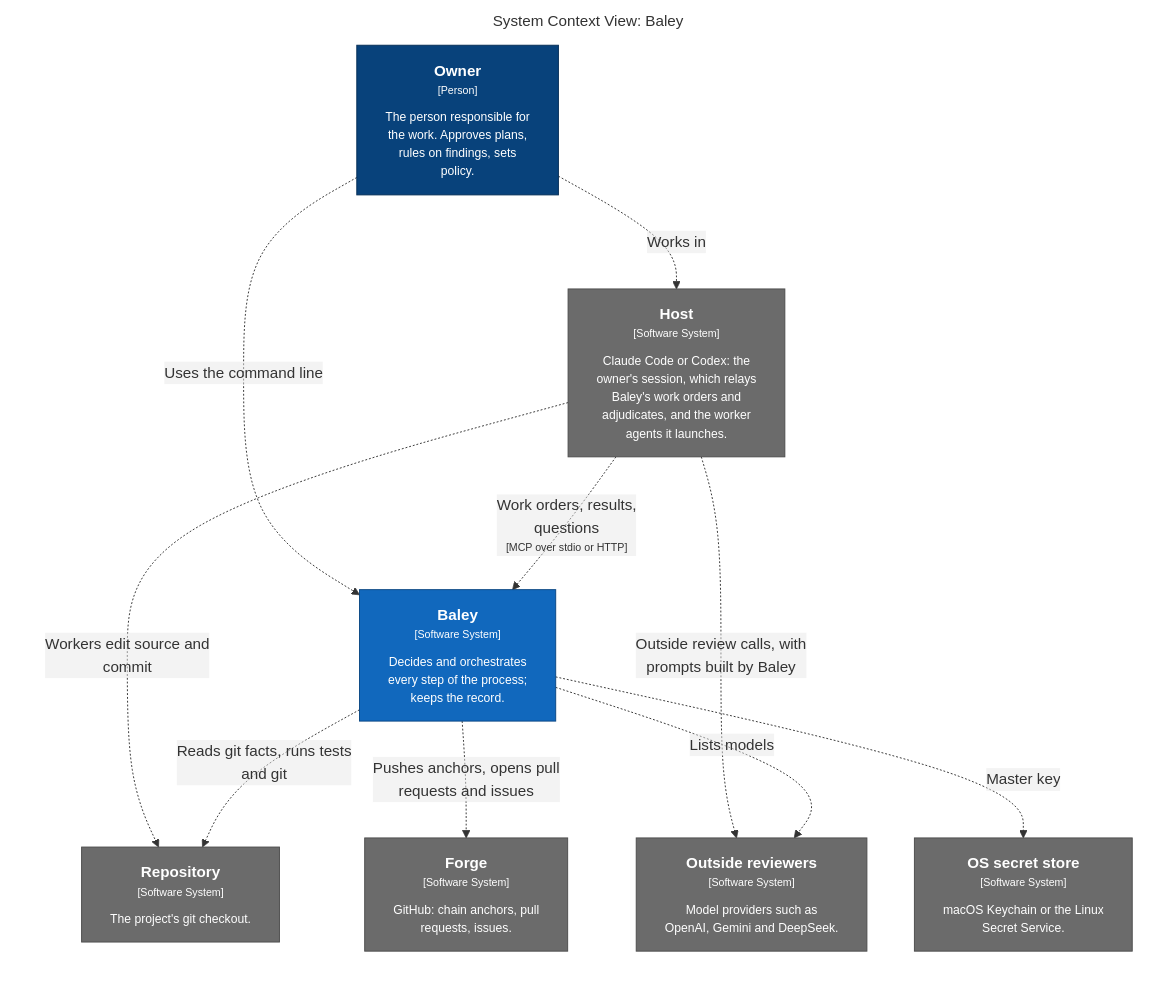
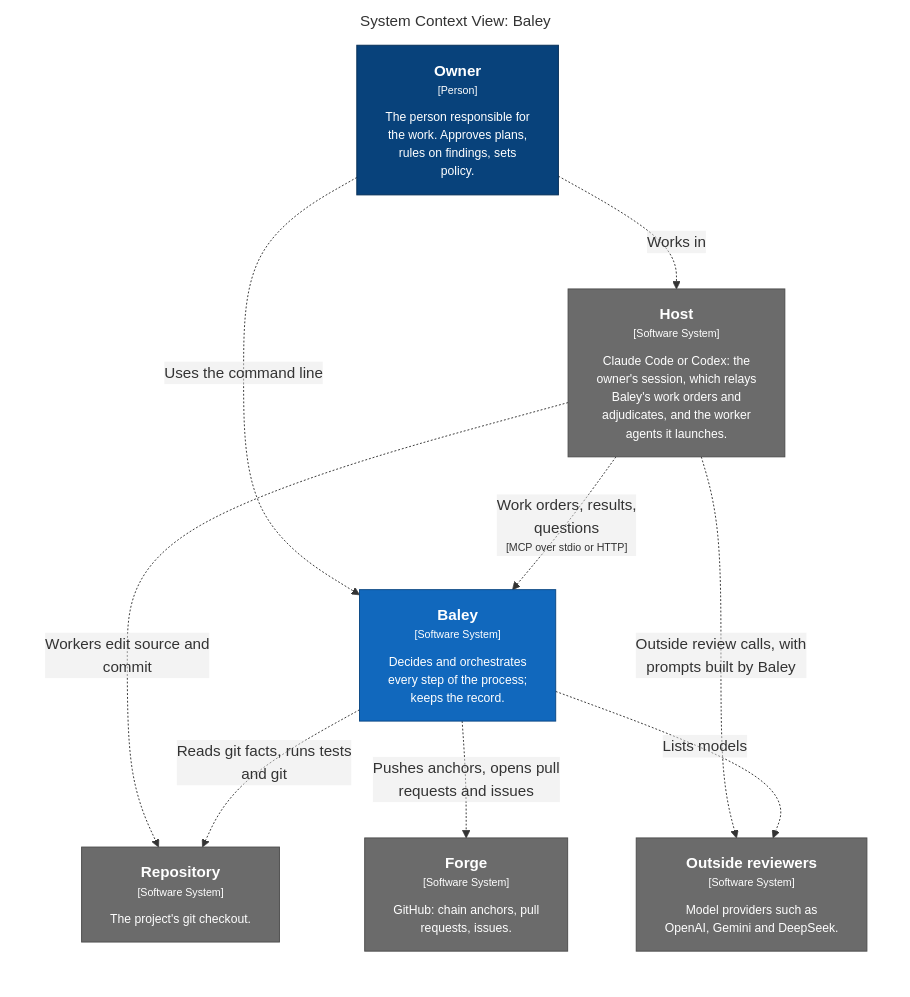
One commit to crenshawdev/baley changed the first of 4 diagrams in docs/design/0002-system-design.md. Above: the diagram before and after it, drawn with Mermaid. The commit also changed other lines of this file and 18 other files, not shown here.

````diff
--- a/docs/design/0002-system-design.md
+++ b/docs/design/0002-system-design.md
@@ -51,34 +51,31 @@
 ```mermaid
 graph LR
   linkStyle default fill:none
 
   subgraph diagram ["System Context View: Baley"]
     style diagram fill:none,stroke:none
 
     1["<div style='font-weight: bold'>Owner</div><div style='font-size: 70%; margin-top: 0px'>[Person]</div><div style='font-size: 80%; margin-top:10px'>The person responsible for<br />the work. Approves plans,<br />rules on findings, sets<br />policy.</div>"]
     style 1 fill:#08427b,stroke:#052e56,color:#ffffff
-    14["<div style='font-weight: bold'>Host</div><div style='font-size: 70%; margin-top: 0px'>[Software System]</div><div style='font-size: 80%; margin-top:10px'>Claude Code or Codex: the<br />owner's session, which relays<br />Baley's work orders and<br />adjudicates, and the worker<br />agents it launches.</div>"]
-    style 14 fill:#6b6b6b,stroke:#4d4d4d,color:#ffffff
-    15["<div style='font-weight: bold'>Repository</div><div style='font-size: 70%; margin-top: 0px'>[Software System]</div><div style='font-size: 80%; margin-top:10px'>The project's git checkout.</div>"]
+    15["<div style='font-weight: bold'>Host</div><div style='font-size: 70%; margin-top: 0px'>[Software System]</div><div style='font-size: 80%; margin-top:10px'>Claude Code or Codex: the<br />owner's session, which relays<br />Baley's work orders and<br />adjudicates, and the worker<br />agents it launches.</div>"]
     style 15 fill:#6b6b6b,stroke:#4d4d4d,color:#ffffff
-    16["<div style='font-weight: bold'>Forge</div><div style='font-size: 70%; margin-top: 0px'>[Software System]</div><div style='font-size: 80%; margin-top:10px'>GitHub: chain anchors, pull<br />requests, issues.</div>"]
+    16["<div style='font-weight: bold'>Repository</div><div style='font-size: 70%; margin-top: 0px'>[Software System]</div><div style='font-size: 80%; margin-top:10px'>The project's git checkout.</div>"]
     style 16 fill:#6b6b6b,stroke:#4d4d4d,color:#ffffff
-    17["<div style='font-weight: bold'>Outside reviewers</div><div style='font-size: 70%; margin-top: 0px'>[Software System]</div><div style='font-size: 80%; margin-top:10px'>Model providers such as<br />OpenAI, Gemini and DeepSeek.</div>"]
+    17["<div style='font-weight: bold'>Forge</div><div style='font-size: 70%; margin-top: 0px'>[Software System]</div><div style='font-size: 80%; margin-top:10px'>GitHub: chain anchors, pull<br />requests, issues.</div>"]
     style 17 fill:#6b6b6b,stroke:#4d4d4d,color:#ffffff
-    18["<div style='font-weight: bold'>OS secret store</div><div style='font-size: 70%; margin-top: 0px'>[Software System]</div><div style='font-size: 80%; margin-top:10px'>macOS Keychain or the Linux<br />Secret Service.</div>"]
+    18["<div style='font-weight: bold'>Outside reviewers</div><div style='font-size: 70%; margin-top: 0px'>[Software System]</div><div style='font-size: 80%; margin-top:10px'>Model providers such as<br />OpenAI, Gemini and DeepSeek.</div>"]
     style 18 fill:#6b6b6b,stroke:#4d4d4d,color:#ffffff
     2["<div style='font-weight: bold'>Baley</div><div style='font-size: 70%; margin-top: 0px'>[Software System]</div><div style='font-size: 80%; margin-top:10px'>Decides and orchestrates<br />every step of the process;<br />keeps the record.</div>"]
     style 2 fill:#1168bd,stroke:#0b4884,color:#ffffff
 
-    1-. "<div>Works in</div><div style='font-size: 70%'></div>" .->14
+    1-. "<div>Works in</div><div style='font-size: 70%'></div>" .->15
     1-. "<div>Uses the command line</div><div style='font-size: 70%'></div>" .->2
-    14-. "<div>Work orders, results,<br />questions</div><div style='font-size: 70%'>[MCP over stdio or HTTP]</div>" .->2
-    14-. "<div>Workers edit source and<br />commit</div><div style='font-size: 70%'></div>" .->15
-    14-. "<div>Outside review calls, with<br />prompts built by Baley</div><div style='font-size: 70%'></div>" .->17
-    2-. "<div>Master key</div><div style='font-size: 70%'></div>" .->18
-    2-. "<div>Lists models</div><div style='font-size: 70%'></div>" .->17
-    2-. "<div>Reads git facts, runs tests<br />and git</div><div style='font-size: 70%'></div>" .->15
-    2-. "<div>Pushes anchors, opens pull<br />requests and issues</div><div style='font-size: 70%'></div>" .->16
+    15-. "<div>Work orders, results,<br />questions</div><div style='font-size: 70%'>[MCP over stdio or HTTP]</div>" .->2
+    15-. "<div>Workers edit source and<br />commit</div><div style='font-size: 70%'></div>" .->16
+    15-. "<div>Outside review calls, with<br />prompts built by Baley</div><div style='font-size: 70%'></div>" .->18
+    2-. "<div>Lists models</div><div style='font-size: 70%'></div>" .->18
+    2-. "<div>Reads git facts, runs tests<br />and git</div><div style='font-size: 70%'></div>" .->16
+    2-. "<div>Pushes anchors, opens pull<br />requests and issues</div><div style='font-size: 70%'></div>" .->17
 
   end
 ```
````
